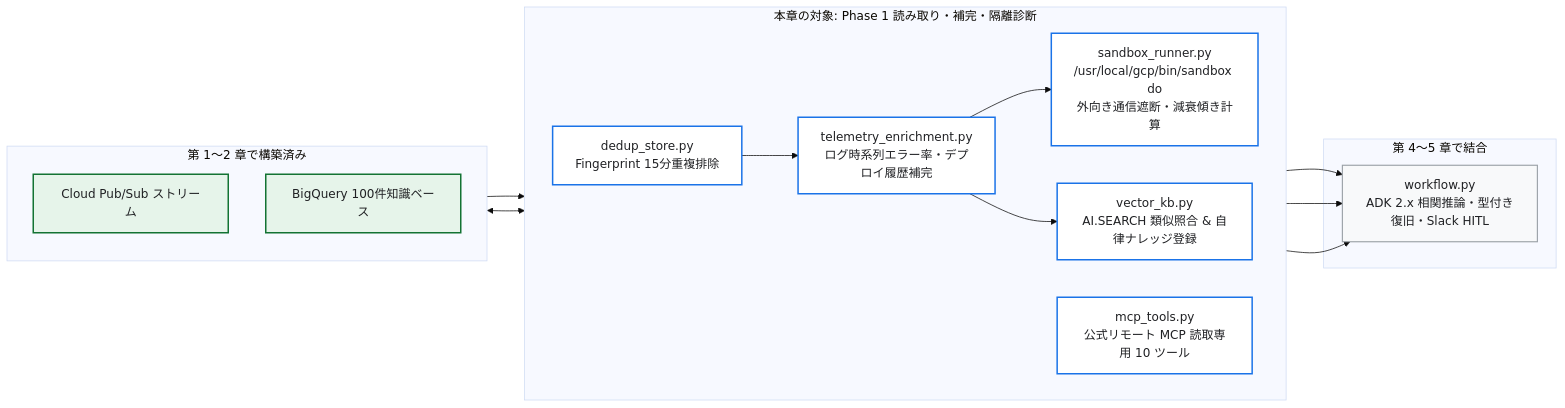
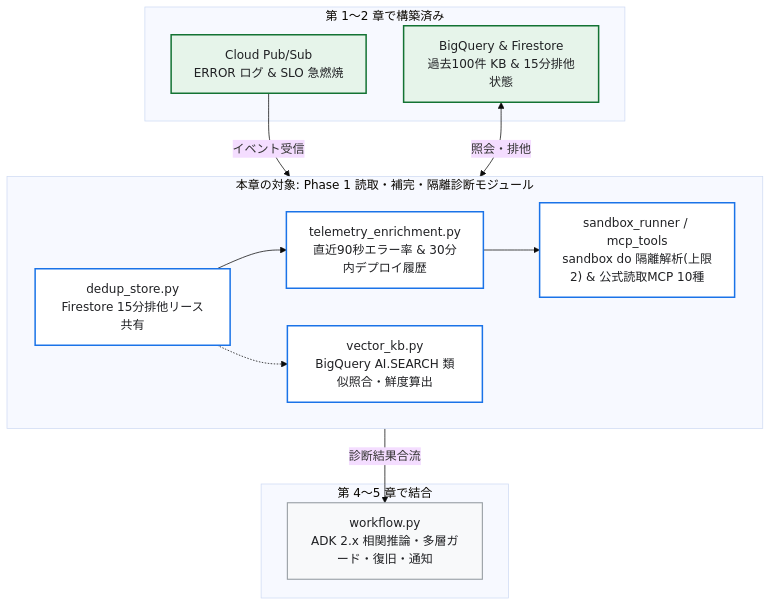
Before and after one commit to tyorikan/agentic-sre-handson: the first of 2 diagrams in docs/03-diagnostic-agent-and-sandbox.md, drawn with Mermaid (base theme). The commit also changed other lines of this file and 12 other files, not shown here.

Commit message:
docs: improve readability of 8 wide architecture diagrams with 2D Bento grids

````diff
--- a/docs/03-diagnostic-agent-and-sandbox.md
+++ b/docs/03-diagnostic-agent-and-sandbox.md
@@ -17,33 +17,32 @@
 ```mermaid
-flowchart LR
-    subgraph Prev["第 1〜2 章で構築済み"]
-        direction TB
-        PS["Cloud Pub/Sub ストリーム"]
-        BQ["BigQuery 100件知識ベース"]
+flowchart TD
+    subgraph Now["本章の対象: Phase 1 読取・補完・隔離診断モジュール"]
+        direction LR
+        Dedup["dedup_store.py<br/>Firestore 15分排他リース共有"]
+        Enrich["telemetry_enrichment.py<br/>直近90秒エラー率 & 30分内デプロイ履歴"]
+        Vec["vector_kb.py<br/>BigQuery AI.SEARCH 類似照合・鮮度算出"]
+        Sandbox["sandbox_runner / mcp_tools<br/>sandbox do 隔離解析(上限2) & 公式読取MCP 10種"]
+        Dedup --> Enrich --> Sandbox
+        Dedup -.-> Vec
     end
 
-    subgraph Now["本章の対象: Phase 1 読み取り・補完・隔離診断"]
-        direction LR
-        Dedup["dedup_store.py<br/>Fingerprint 15分重複排除"]
-        Enrich["telemetry_enrichment.py<br/>ログ時系列エラー率・デプロイ履歴補完"]
-        Sandbox["sandbox_runner.py<br/>/usr/local/gcp/bin/sandbox do<br/>外向き通信遮断・減衰傾き計算"]
-        Vec["vector_kb.py<br/>AI.SEARCH 類似照合 & 自律ナレッジ登録"]
-        MCP["mcp_tools.py<br/>公式リモート MCP 読取専用 10 ツール"]
-        Dedup --> Enrich --> Sandbox & Vec
+    subgraph Prev["第 1〜2 章で構築済み"]
+        PS["Cloud Pub/Sub<br/>ERROR ログ & SLO 急燃焼"]
+        BQ["BigQuery & Firestore<br/>過去100件 KB & 15分排他状態"]
     end
 
     subgraph Next["第 4〜5 章で結合"]
-        WF["workflow.py<br/>ADK 2.x 相関推論・型付き復旧・Slack HITL"]
+        WF["workflow.py<br/>ADK 2.x 相関推論・多層ガード・復旧・通知"]
     end
 
-    PS --> Dedup
-    BQ <--> Vec
-    Sandbox & Vec & MCP --> WF
+    PS -->|"イベント受信"| Dedup
+    BQ <-->|"照会・排他"| Vec
+    Sandbox -->|"診断結果合流"| WF
 
     classDef done fill:#e6f4ea,stroke:#137333,stroke-width:2px,color:#202124;
     classDef cur fill:#ffffff,stroke:#1a73e8,stroke-width:2px,color:#202124;
     classDef fut fill:#f8f9fa,stroke:#9aa0a6,stroke-width:1.5px,color:#202124;
     class PS,BQ done;
-    class Dedup,Enrich,Sandbox,Vec,MCP cur;
+    class Dedup,Enrich,Sandbox,Vec cur;
     class WF fut;
 ```
````
